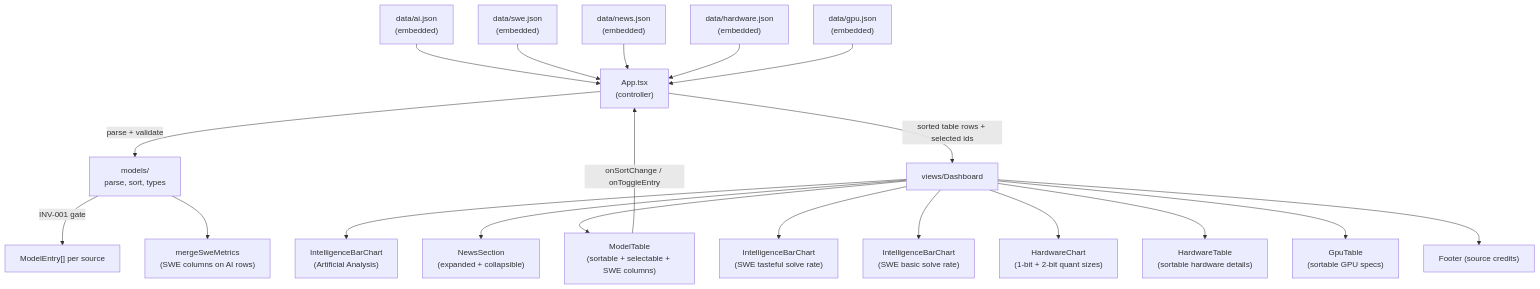
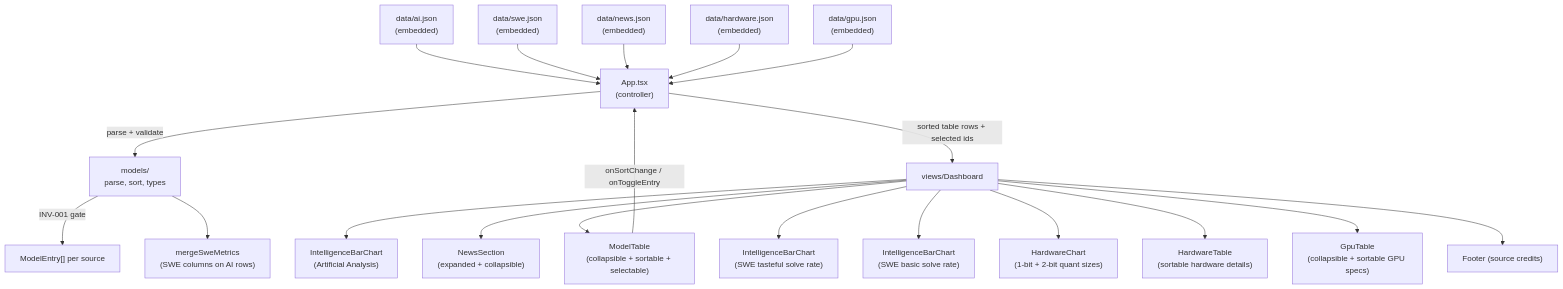
The first of 2 diagrams in architecture.md (johnpfeiffer/benchmarks), drawn with Mermaid before and after one commit. The commit also changed other lines of this file and 9 other files, not shown here.

````diff
--- a/architecture.md
+++ b/architecture.md
@@ -25,22 +25,22 @@
 ```mermaid
 flowchart TD
     AIJSON["data/ai.json<br/>(embedded)"] --> App["App.tsx<br/>(controller)"]
     SWEJSON["data/swe.json<br/>(embedded)"] --> App
     NEWSJSON["data/news.json<br/>(embedded)"] --> App
     HWJSON["data/hardware.json<br/>(embedded)"] --> App
     GPUJSON["data/gpu.json<br/>(embedded)"] --> App
     App -->|parse + validate| Models["models/<br/>parse, sort, types"]
     Models -->|INV-001 gate| Validated["ModelEntry[] per source"]
     Models --> Merge["mergeSweMetrics<br/>(SWE columns on AI rows)"]
     App -->|sorted table rows + selected ids| Dashboard["views/Dashboard"]
     Dashboard --> ChartA["IntelligenceBarChart<br/>(Artificial Analysis)"]
     Dashboard --> News["NewsSection<br/>(expanded + collapsible)"]
-    Dashboard --> Table["ModelTable<br/>(sortable + selectable + SWE columns)"]
+    Dashboard --> Table["ModelTable<br/>(collapsible + sortable + selectable)"]
     Dashboard --> ChartB["IntelligenceBarChart<br/>(SWE tasteful solve rate)"]
     Dashboard --> ChartC["IntelligenceBarChart<br/>(SWE basic solve rate)"]
     Dashboard --> HWChart["HardwareChart<br/>(1-bit + 2-bit quant sizes)"]
     Dashboard --> HWTable["HardwareTable<br/>(sortable hardware details)"]
-    Dashboard --> GPUTable["GpuTable<br/>(sortable GPU specs)"]
+    Dashboard --> GPUTable["GpuTable<br/>(collapsible + sortable GPU specs)"]
     Dashboard --> Footer["Footer (source credits)"]
     Table -->|onSortChange / onToggleEntry| App
 ```
````
